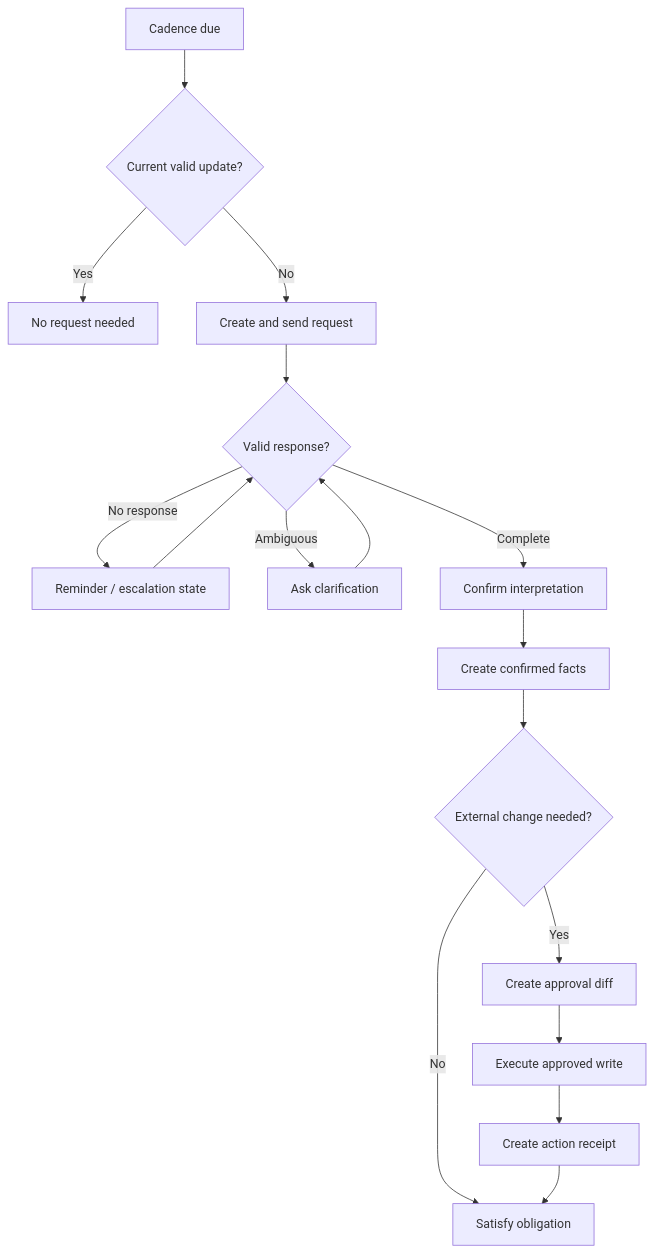
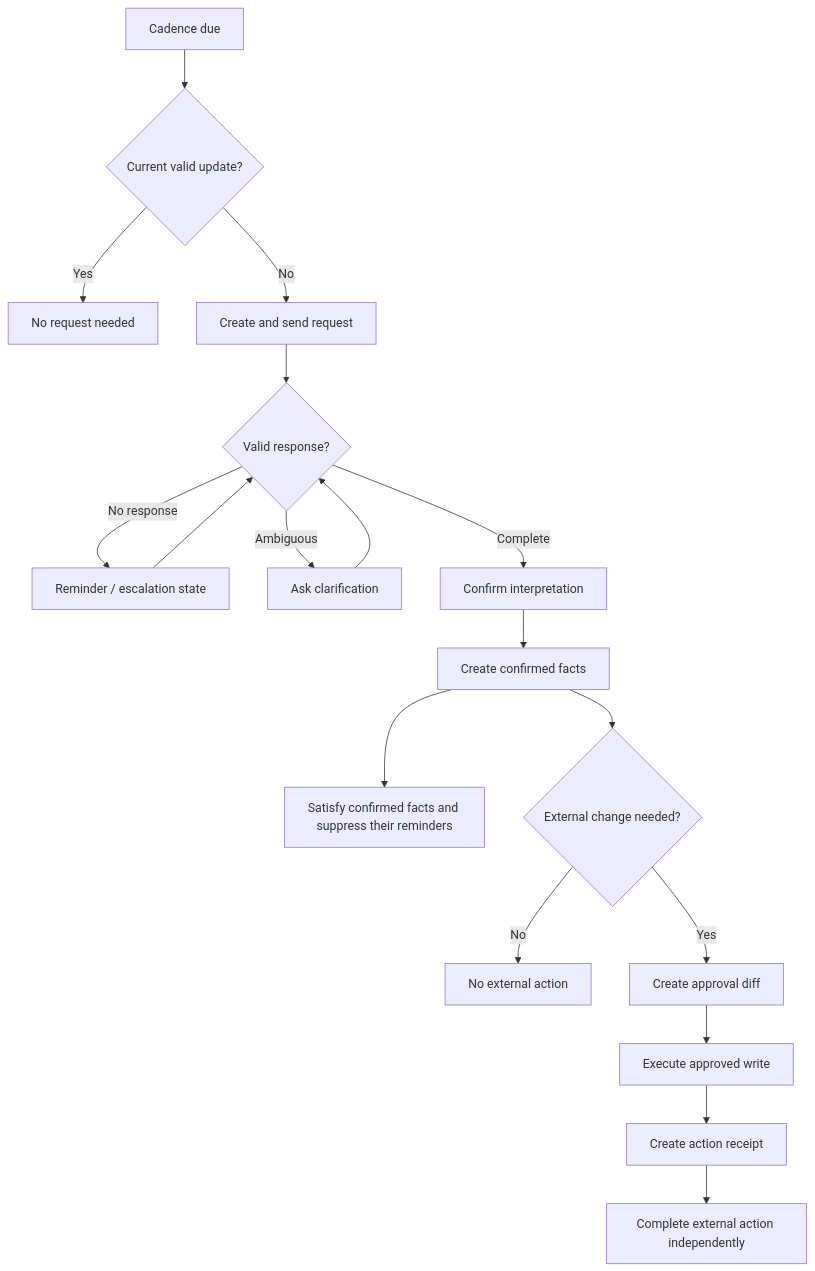
Before and after one commit to APReddy-AutoBotz/Project-Delivery-Agent: the diagram in docs/03-architecture/WORKFLOW_ARCHITECTURE.md, drawn with Mermaid. The commit also changed other lines of this file and 67 other files, not shown here.

````diff
--- a/docs/03-architecture/WORKFLOW_ARCHITECTURE.md
+++ b/docs/03-architecture/WORKFLOW_ARCHITECTURE.md
@@ -24,19 +24,20 @@
 ```mermaid
 flowchart TD
     Schedule[Cadence due] --> Current{Current valid update?}
     Current -- Yes --> Close[No request needed]
     Current -- No --> Request[Create and send request]
     Request --> Response{Valid response?}
     Response -- No response --> Reminder[Reminder / escalation state]
     Reminder --> Response
     Response -- Ambiguous --> Clarify[Ask clarification]
     Clarify --> Response
     Response -- Complete --> Confirm[Confirm interpretation]
     Confirm --> Facts[Create confirmed facts]
+    Facts --> Satisfy[Satisfy confirmed facts and suppress their reminders]
     Facts --> Proposal{External change needed?}
-    Proposal -- No --> Satisfy[Satisfy obligation]
+    Proposal -- No --> NoWrite[No external action]
     Proposal -- Yes --> Approval[Create approval diff]
     Approval --> Write[Execute approved write]
     Write --> Receipt[Create action receipt]
-    Receipt --> Satisfy
+    Receipt --> ActionComplete[Complete external action independently]
 ```
````
